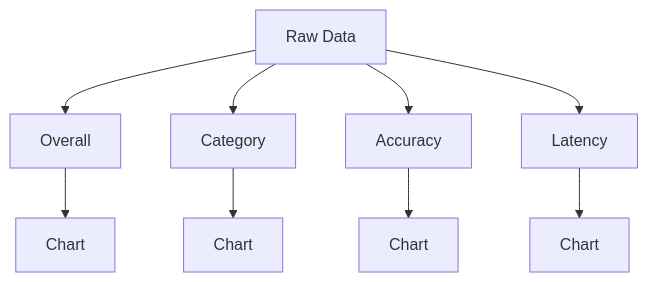
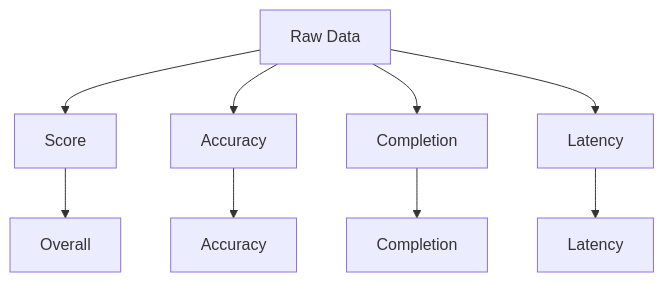
Diagram 11 of 12 in README.md (mahik2007/hackathon), drawn with Mermaid before and after one commit. The commit also changed other lines of this file, not shown here.

````diff
--- a/README.md
+++ b/README.md
@@ -180,12 +187,11 @@
 ```mermaid
 flowchart TB
-    D[Raw Data]
-    D --> O[Overall]
-    D --> C[Category]
-    D --> A[Accuracy]
-    D --> L[Latency]
-    O --> G1[Chart]
-    C --> G2[Chart]
-    A --> G3[Chart]
-    L --> G4[Chart]
+D[Raw Data] --> S[Score]
+D --> A[Accuracy]
+D --> C[Completion]
+D --> L[Latency]
+S --> G1[Overall]
+A --> G2[Accuracy]
+C --> G3[Completion]
+L --> G4[Latency]
 ```
````
